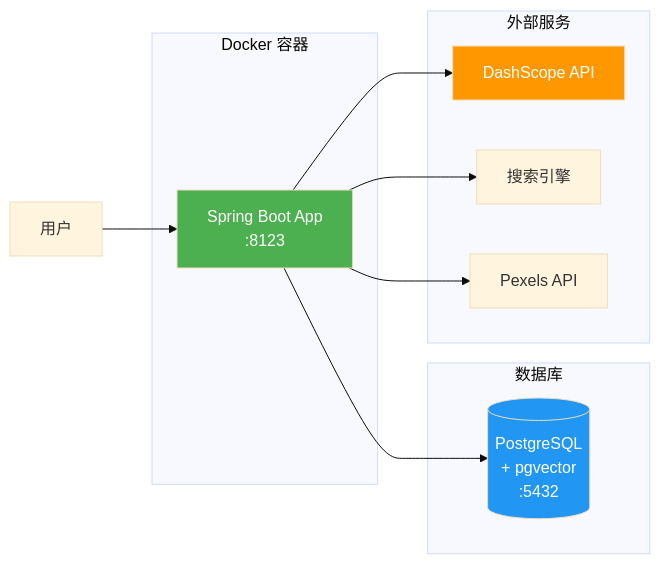
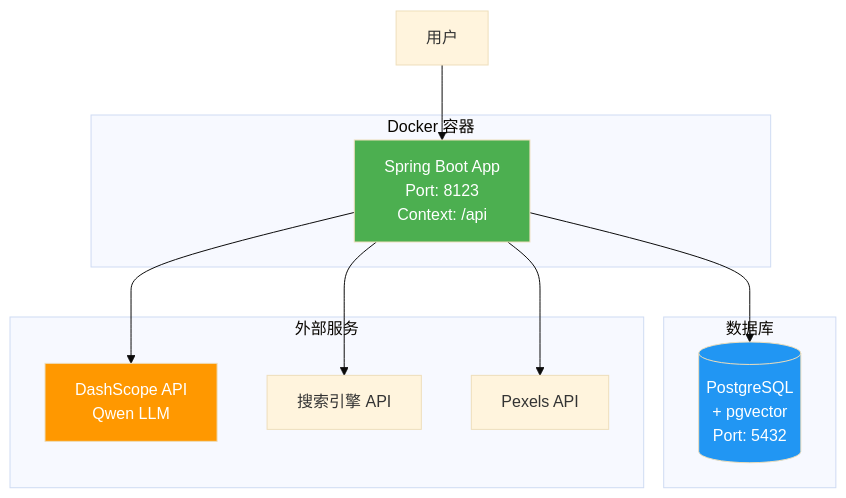
One commit to lqj-a/my-ai-agent changed the sixth of 6 diagrams in architecture.md. Above: the diagram before and after it, drawn with Mermaid (base theme). The commit also changed other lines of this file, not shown here.

Commit message:
修改项目架构图展示错误

````diff
--- a/architecture.md
+++ b/architecture.md
@@ -230,26 +282,26 @@
 ```mermaid
-graph LR
+graph TB
     subgraph "Docker 容器"
-        App[Spring Boot App<br/>:8123]
+        App[Spring Boot App<br/>Port: 8123<br/>Context: /api]
     end
     
     subgraph "数据库"
-        DB[(PostgreSQL<br/>+ pgvector<br/>:5432)]
+        DB[(PostgreSQL<br/>+ pgvector<br/>Port: 5432)]
     end
     
     subgraph "外部服务"
-        DS[DashScope API]
-        SE[搜索引擎]
+        DS[DashScope API<br/>Qwen LLM]
+        SE[搜索引擎 API]
         PA[Pexels API]
     end
     
     User[用户] --> App
     App --> DB
     App --> DS
     App --> SE
     App --> PA
     
     style App fill:#4CAF50,color:#fff
     style DB fill:#2196F3,color:#fff
     style DS fill:#FF9800,color:#fff
 ```
````
